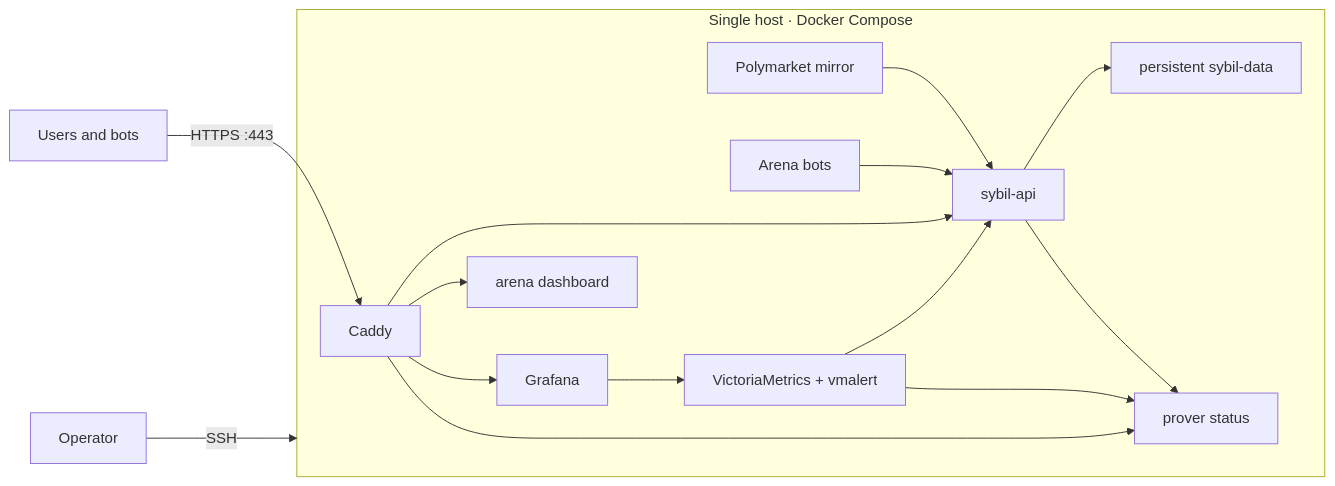
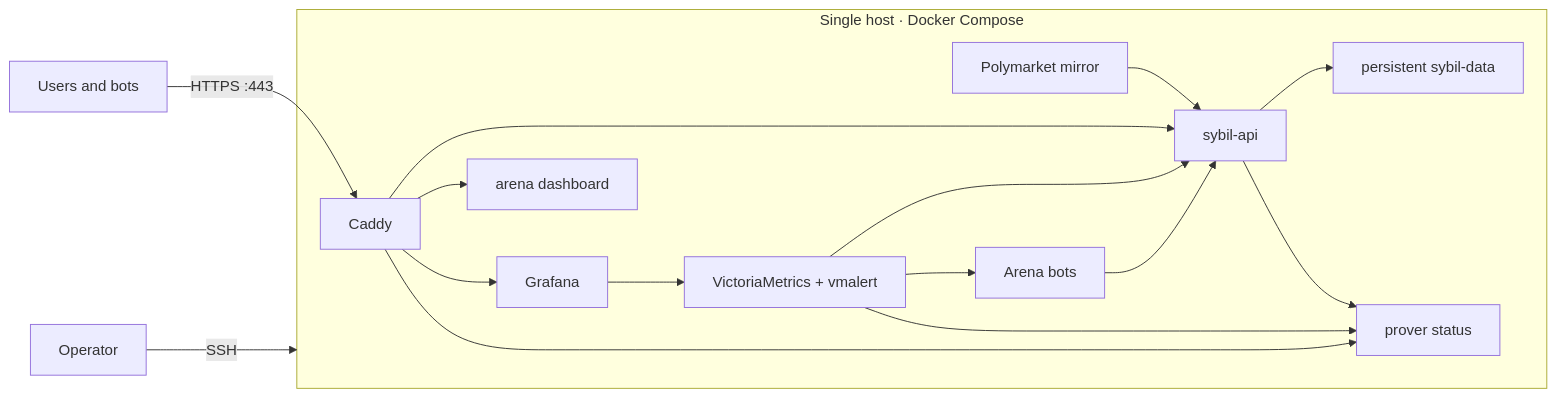
Before and after one commit to MetaB0y/sybil: the diagram in docs/deployment.md, drawn with Mermaid. The commit also changed other lines of this file and 11 other files, not shown here.

````diff
--- a/docs/deployment.md
+++ b/docs/deployment.md
@@ -15,19 +15,20 @@
 ```mermaid
 flowchart LR
     USER["Users and bots"] -->|"HTTPS :443"| CADDY["Caddy"]
     OPS["Operator"] -->|"SSH"| HOST["Deployment host"]
 
     subgraph HOST["Single host · Docker Compose"]
         CADDY --> API["sybil-api"]
         CADDY --> ARENA["arena dashboard"]
         CADDY --> GRAFANA["Grafana"]
         CADDY --> PROVER["prover status"]
         MIRROR["Polymarket mirror"] --> API
         BOTS["Arena bots"] --> API
         API --> STORE["persistent sybil-data"]
         API --> PROVER
         METRICS["VictoriaMetrics + vmalert"] --> API
+        METRICS --> BOTS
         METRICS --> PROVER
         GRAFANA --> METRICS
     end
 ```
````
